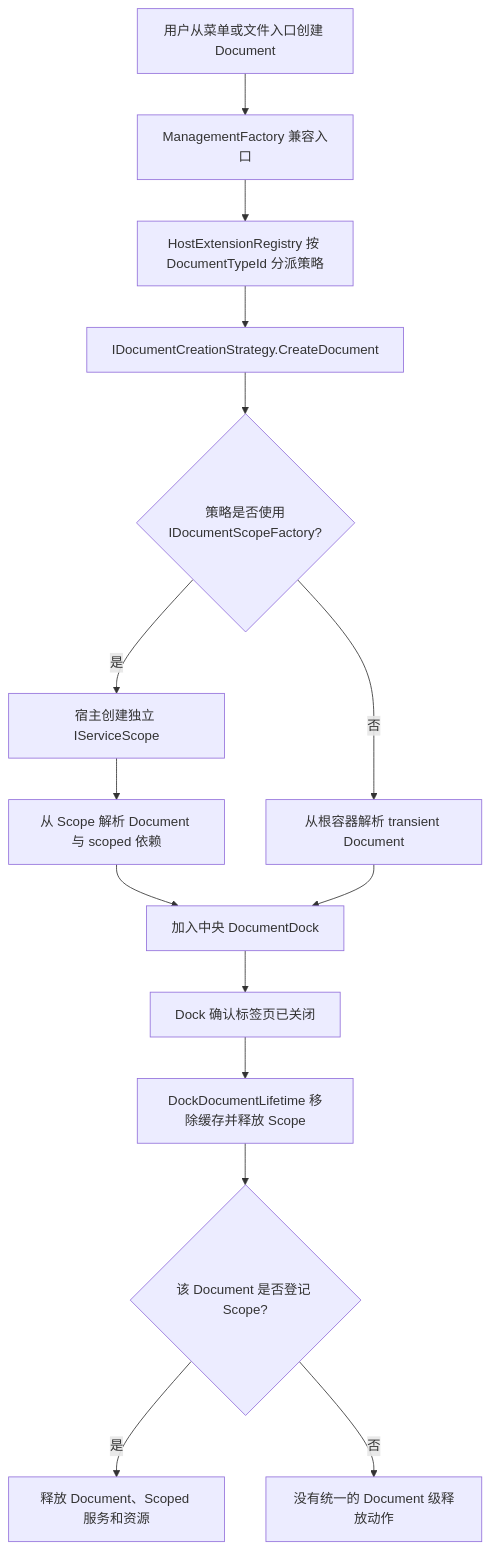
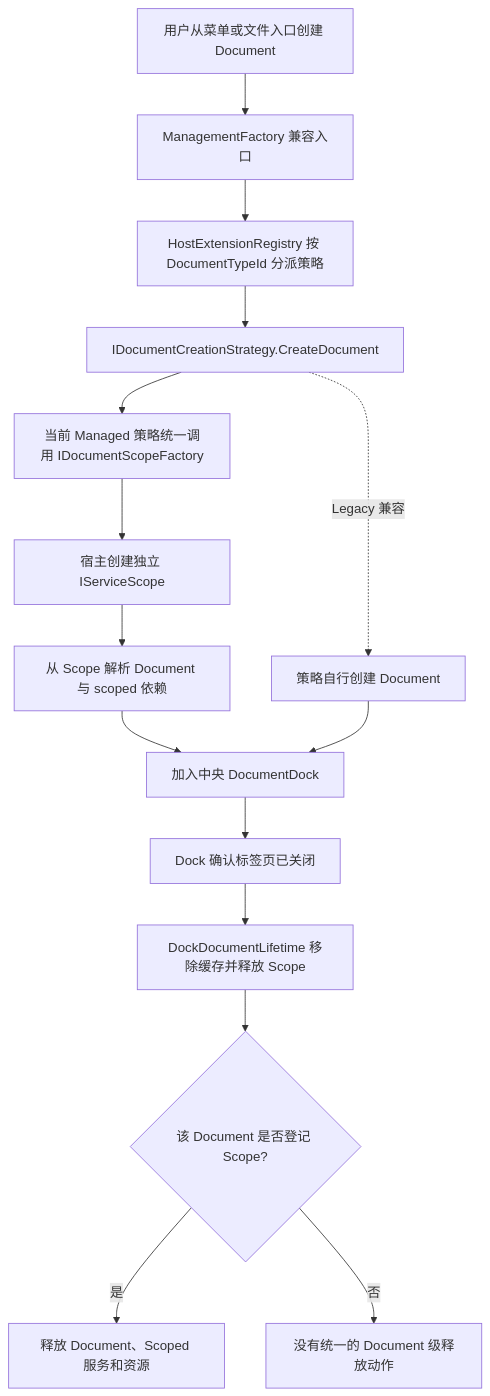
One commit to crownclowngx/avalonia_dock_simple_test changed the third of 5 diagrams in docs/host-plugin-architecture-review.md. Above: the diagram before and after it, drawn with Mermaid. The commit also changed other lines of this file and 15 other files, not shown here.

First line of the commit message:
refactor: 统一 Managed Document Scope

````diff
--- a/docs/host-plugin-architecture-review.md
+++ b/docs/host-plugin-architecture-review.md
@@ -128,17 +128,17 @@
 ```mermaid
 flowchart TD
     User["用户从菜单或文件入口创建 Document"] --> Host["ManagementFactory 兼容入口"]
     Host --> Registry["HostExtensionRegistry 按 DocumentTypeId 分派策略"]
     Registry --> Strategy["IDocumentCreationStrategy.CreateDocument"]
-    Strategy --> Choice{"策略是否使用<br/>IDocumentScopeFactory?"}
-    Choice -- "是" --> Scope["宿主创建独立 IServiceScope"]
+    Strategy --> Choice["当前 Managed 策略统一调用 IDocumentScopeFactory"]
+    Choice --> Scope["宿主创建独立 IServiceScope"]
     Scope --> Resolve["从 Scope 解析 Document 与 scoped 依赖"]
-    Choice -- "否" --> Root["从根容器解析 transient Document"]
+    Strategy -. "Legacy 兼容" .-> Root["策略自行创建 Document"]
     Resolve --> Dock["加入中央 DocumentDock"]
     Root --> Dock
     Dock --> Close["Dock 确认标签页已关闭"]
     Close --> Release["DockDocumentLifetime 移除缓存并释放 Scope"]
     Release --> Managed{"该 Document 是否登记 Scope?"}
     Managed -- "是" --> Dispose["释放 Document、Scoped 服务和资源"]
     Managed -- "否" --> End["没有统一的 Document 级释放动作"]
 ```
````
